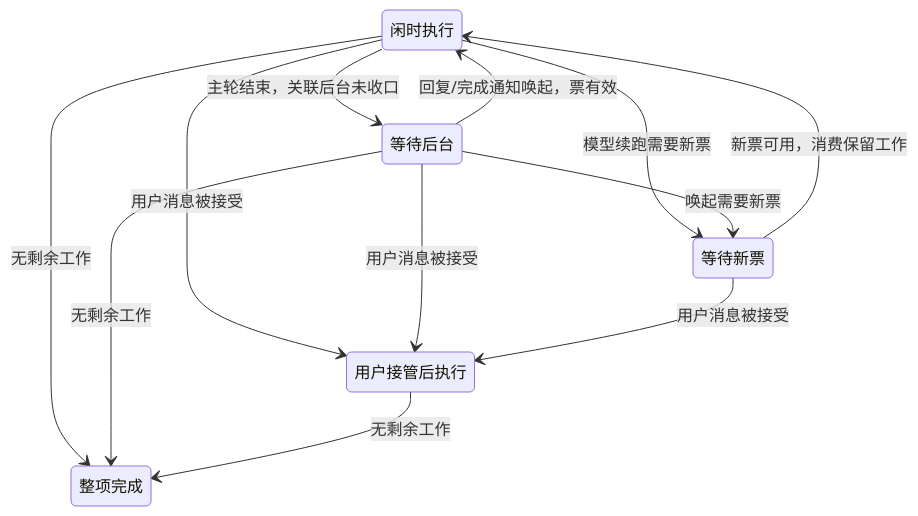
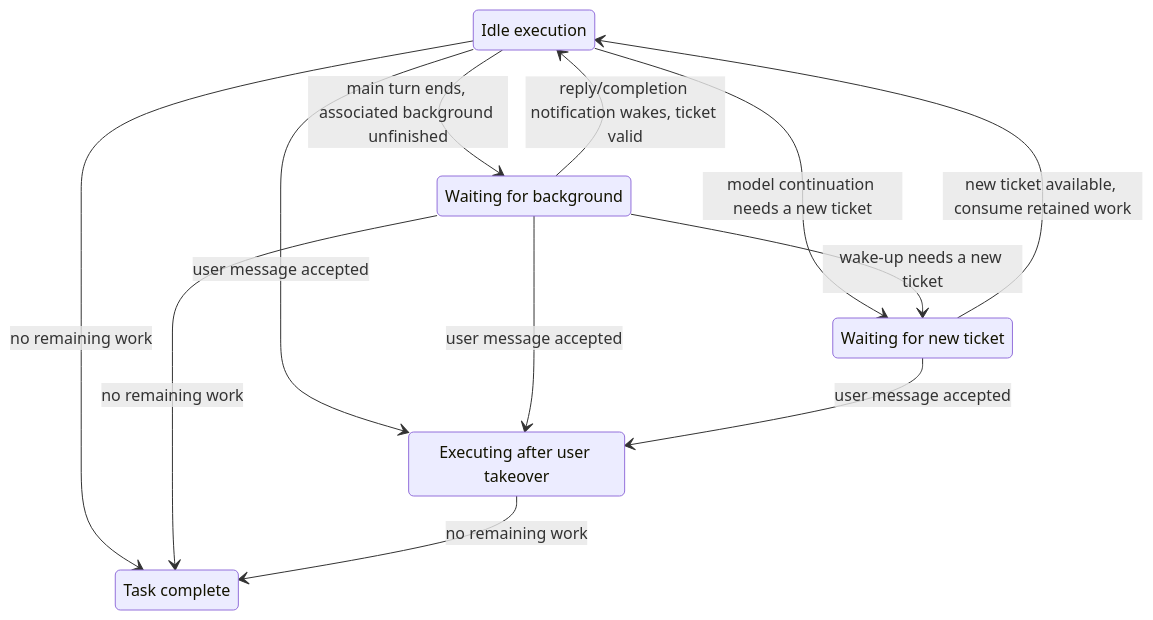
The second of 2 diagrams in docs/off-peak-task/background-lifecycle-plan.md (osben/ZCode), drawn with Mermaid before and after one commit. The commit also changed other lines of this file and 14 other files, not shown here.

````diff
--- a/docs/off-peak-task/background-lifecycle-plan.md
+++ b/docs/off-peak-task/background-lifecycle-plan.md
@@ -81,19 +108,19 @@
 ```mermaid
 stateDiagram-v2
-    state "闲时执行" as Idle
-    state "等待后台" as Background
-    state "等待新票" as Ticket
-    state "用户接管后执行" as User
-    state "整项完成" as Done
-    Idle --> Background: 主轮结束，关联后台未收口
-    Background --> Idle: 回复/完成通知唤起，票有效
-    Idle --> Ticket: 模型续跑需要新票
-    Background --> Ticket: 唤起需要新票
-    Ticket --> Idle: 新票可用，消费保留工作
-    Idle --> User: 用户消息被接受
-    Background --> User: 用户消息被接受
-    Ticket --> User: 用户消息被接受
-    Idle --> Done: 无剩余工作
-    Background --> Done: 无剩余工作
-    User --> Done: 无剩余工作
+    state "Idle execution" as Idle
+    state "Waiting for background" as Background
+    state "Waiting for new ticket" as Ticket
+    state "Executing after user takeover" as User
+    state "Task complete" as Done
+    Idle --> Background: main turn ends, associated background unfinished
+    Background --> Idle: reply/completion notification wakes, ticket valid
+    Idle --> Ticket: model continuation needs a new ticket
+    Background --> Ticket: wake-up needs a new ticket
+    Ticket --> Idle: new ticket available, consume retained work
+    Idle --> User: user message accepted
+    Background --> User: user message accepted
+    Ticket --> User: user message accepted
+    Idle --> Done: no remaining work
+    Background --> Done: no remaining work
+    User --> Done: no remaining work
 ```
````
